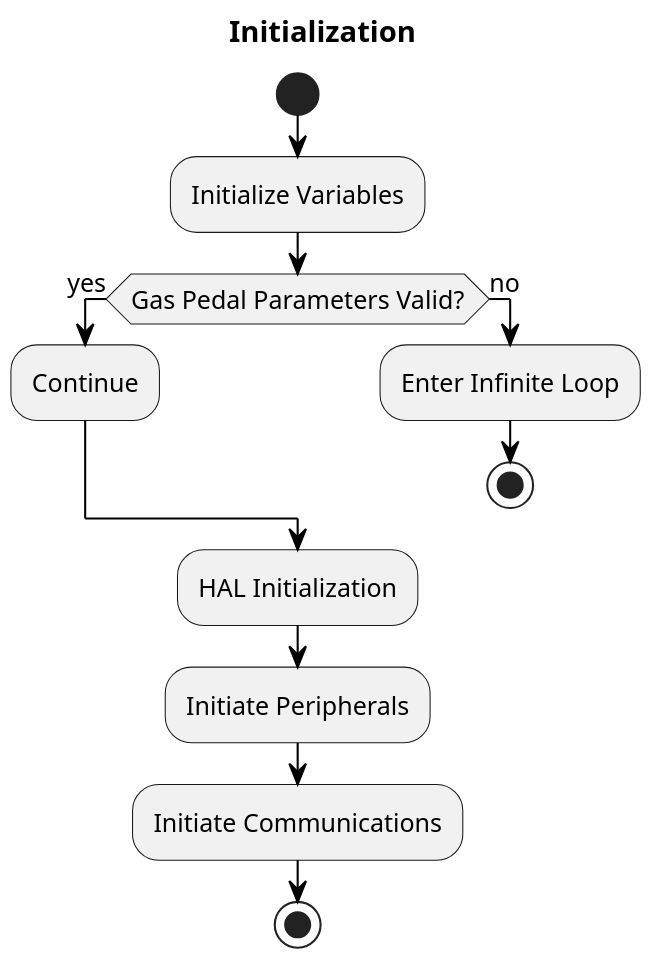
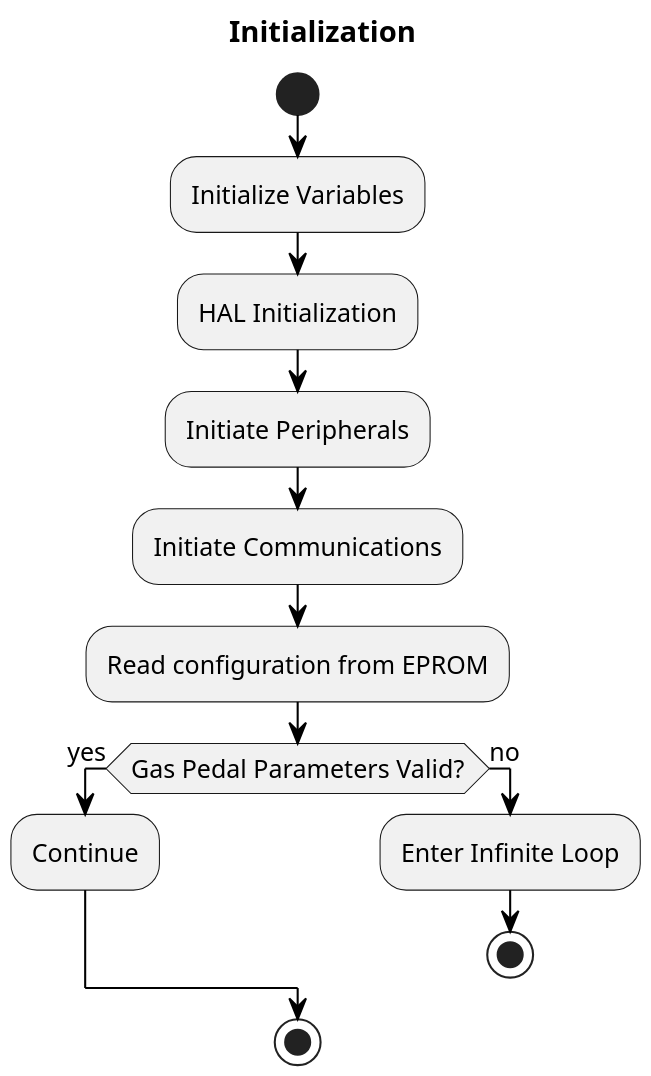
The diagram in vcu_init.puml (dtomic28/GPE-EDE-diagrams), drawn with PlantUML before and after one commit.

```diff
--- a/vcu_init.puml
+++ b/vcu_init.puml
@@ -1,34 +1,37 @@
 @startuml
 skinparam {
     dpi 200
     shadowing false
     arrowFontSize 12
     defaultFontSize 12
     defaultTextAlignment center
     arrowThickness 1
     arrowColor black
     arrowFontColor black
     maxMessageSize 100
     wrapWidth 200
     nodeSpacing 50
     rankSpacing 50
     direction left to right
 }
 
 title Initialization
 
 start
 :Initialize Variables;
 
+
+
+:HAL Initialization;
+:Initiate Peripherals;
+:Initiate Communications;
+:Read configuration from EPROM;
+
 if (Gas Pedal Parameters Valid?) then (yes)
   :Continue;
 else (no)
   :Enter Infinite Loop;
   stop
 endif
-
-:HAL Initialization;
-:Initiate Peripherals;
-:Initiate Communications;
 stop
 @enduml
```
